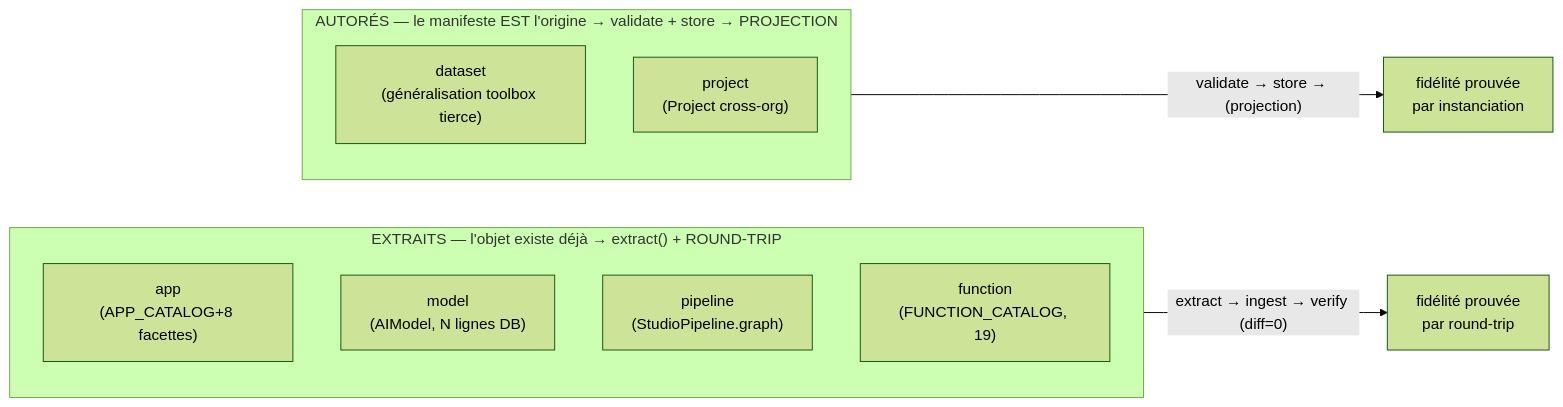
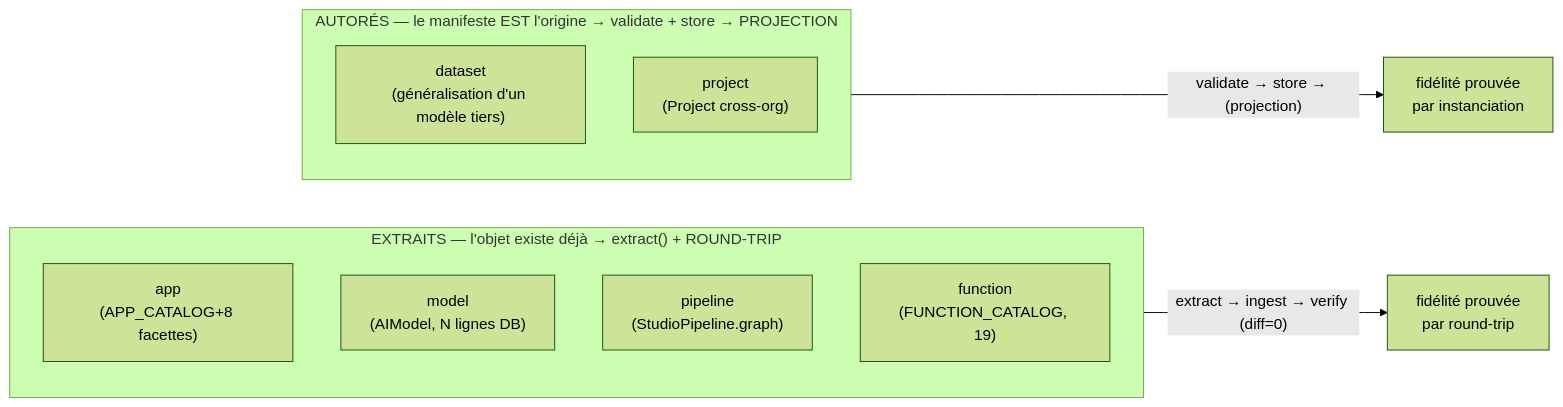
Before and after one commit to fmoreau69/wama: the second of 5 diagrams in WAMA_MANIFEST_ARCHITECTURE.md, drawn with Mermaid (forest theme). The commit also changed 18 other files, not shown here.

````diff
--- a/WAMA_MANIFEST_ARCHITECTURE.md
+++ b/WAMA_MANIFEST_ARCHITECTURE.md
@@ -88,16 +88,16 @@
 ```mermaid
 flowchart LR
     subgraph EX["EXTRAITS — l'objet existe déjà → extract() + ROUND-TRIP"]
         A["app<br/>(APP_CATALOG+8 facettes)"]
         M["model<br/>(AIModel, N lignes DB)"]
         P["pipeline<br/>(StudioPipeline.graph)"]
         F["function<br/>(FUNCTION_CATALOG, 19)"]
     end
     subgraph AU["AUTORÉS — le manifeste EST l'origine → validate + store → PROJECTION"]
-        D["dataset<br/>(généralisation toolbox tierce)"]
+        D["dataset<br/>(généralisation d'un modèle tiers)"]
         PJ["project<br/>(Project cross-org)"]
     end
 
     EX -->|"extract → ingest → verify (diff=0)"| OKX["fidélité prouvée<br/>par round-trip"]
     AU -->|"validate → store → (projection)"| OKA["fidélité prouvée<br/>par instanciation"]
 ```
````
